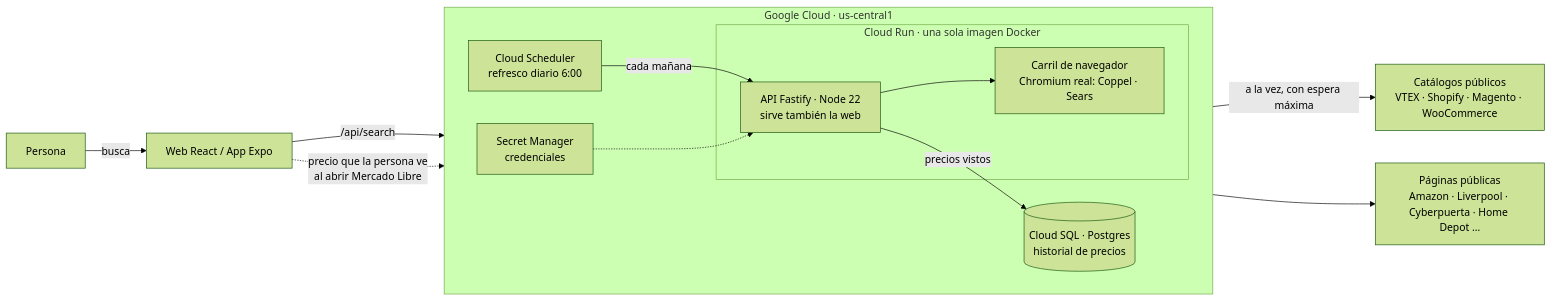
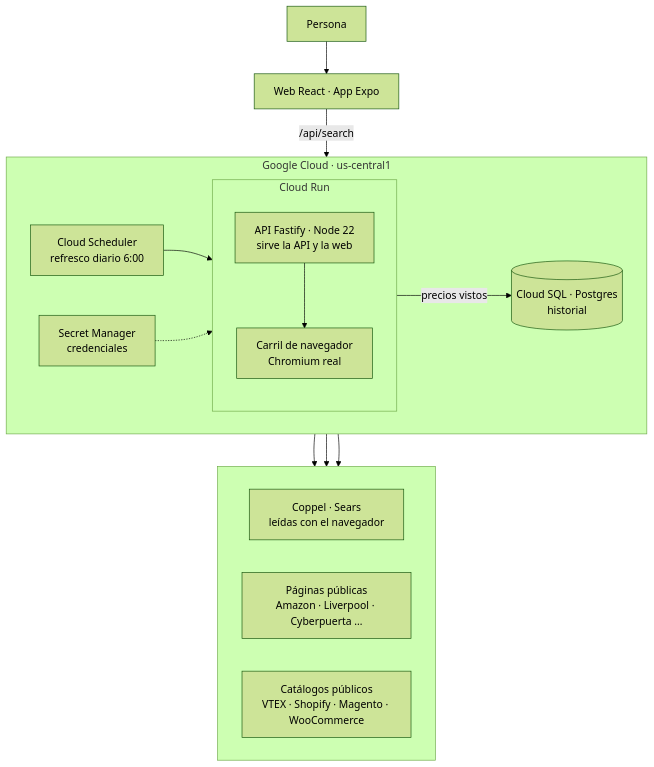
One commit to Robertogag/precioradar changed the diagram in README.md. Above: the diagram before and after it, drawn with Mermaid (forest theme).

Commit message:
README: diagrama de arquitectura legible, Google Cloud al centro y tiendas abajo

````diff
--- a/README.md
+++ b/README.md
@@ -47,22 +47,24 @@
 ```mermaid
-flowchart LR
-  U[Persona] -->|busca| W[Web React / App Expo]
+flowchart TB
+  U[Persona] --> W[Web React · App Expo]
+  W -->|/api/search| A
   subgraph GCP[Google Cloud · us-central1]
     direction LR
-    subgraph RUN[Cloud Run · una sola imagen Docker]
-      A[API Fastify · Node 22<br/>sirve también la web]
-      T3[Carril de navegador<br/>Chromium real: Coppel · Sears]
+    S[Cloud Scheduler<br/>refresco diario 6:00] --> A
+    SM[Secret Manager<br/>credenciales] -.-> A
+    subgraph RUN[Cloud Run]
+      direction TB
+      A[API Fastify · Node 22<br/>sirve la API y la web] --> B[Carril de navegador<br/>Chromium real]
     end
-    P[(Cloud SQL · Postgres<br/>historial de precios)]
-    S[Cloud Scheduler<br/>refresco diario 6:00]
-    SM[Secret Manager<br/>credenciales]
+    A -->|precios vistos| P[(Cloud SQL · Postgres<br/>historial)]
   end
-  W -->|/api/search| A
-  A --> T3
-  A -->|a la vez, con espera máxima| T1[Catálogos públicos<br/>VTEX · Shopify · Magento · WooCommerce]
-  A --> T2[Páginas públicas<br/>Amazon · Liverpool · Cyberpuerta · Home Depot …]
-  A -->|precios vistos| P
-  S -->|cada mañana| A
-  SM -.-> A
-  W -.->|precio que la persona ve<br/>al abrir Mercado Libre| A
+  subgraph T[" "]
+    direction LR
+    T3[Coppel · Sears<br/>leídas con el navegador]
+    T2[Páginas públicas<br/>Amazon · Liverpool · Cyberpuerta …]
+    T1[Catálogos públicos<br/>VTEX · Shopify · Magento · WooCommerce]
+  end
+  B --> T3
+  A --> T2
+  A --> T1
 ```
````
